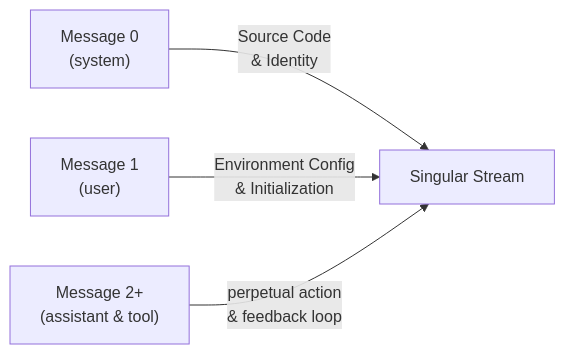
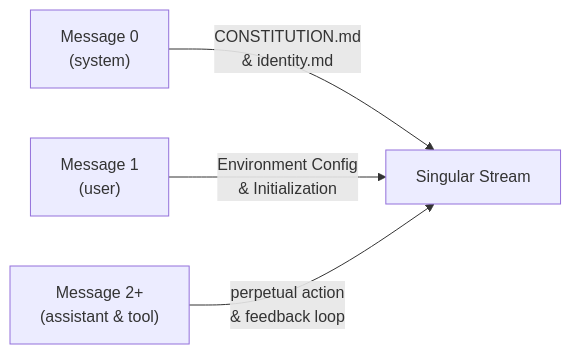
One commit to Redna/talos_runtime changed the third of 7 diagrams in docs/ARCHITECTURE.md. Above: the diagram before and after it, drawn with Mermaid. The commit also changed other lines of this file, not shown here.

Commit message:
Add runtime sections 7-10: Runtime Architecture, Watchdog, Gate, Containment

````diff
--- a/docs/ARCHITECTURE.md
+++ b/docs/ARCHITECTURE.md
@@ -64,6 +84,6 @@
 ```mermaid
 graph LR
-    M0["Message 0<br/>(system)"] -->|"Source Code<br/>& Identity"| S["Singular Stream"]
+    M0["Message 0<br/>(system)"] -->|"CONSTITUTION.md<br/>& identity.md"| S["Singular Stream"]
     M1["Message 1<br/>(user)"] -->|"Environment Config<br/>& Initialization"| S
     M2["Message 2+<br/>(assistant & tool)"] -->|"perpetual action<br/>& feedback loop"| S
 ```
````
